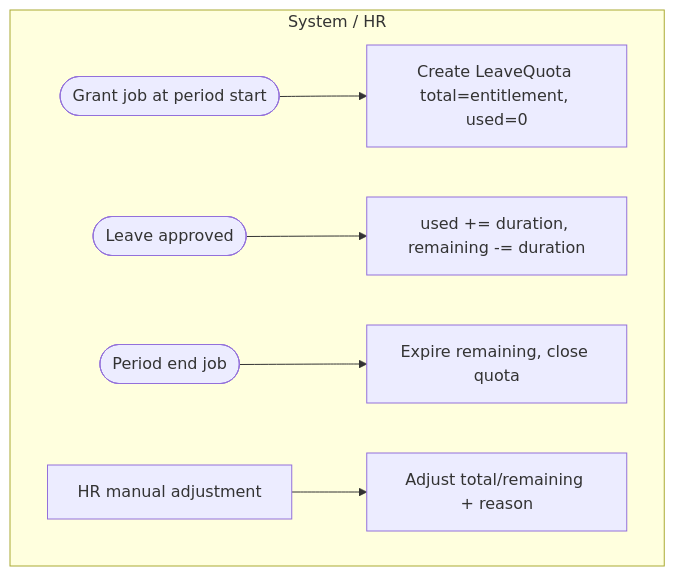
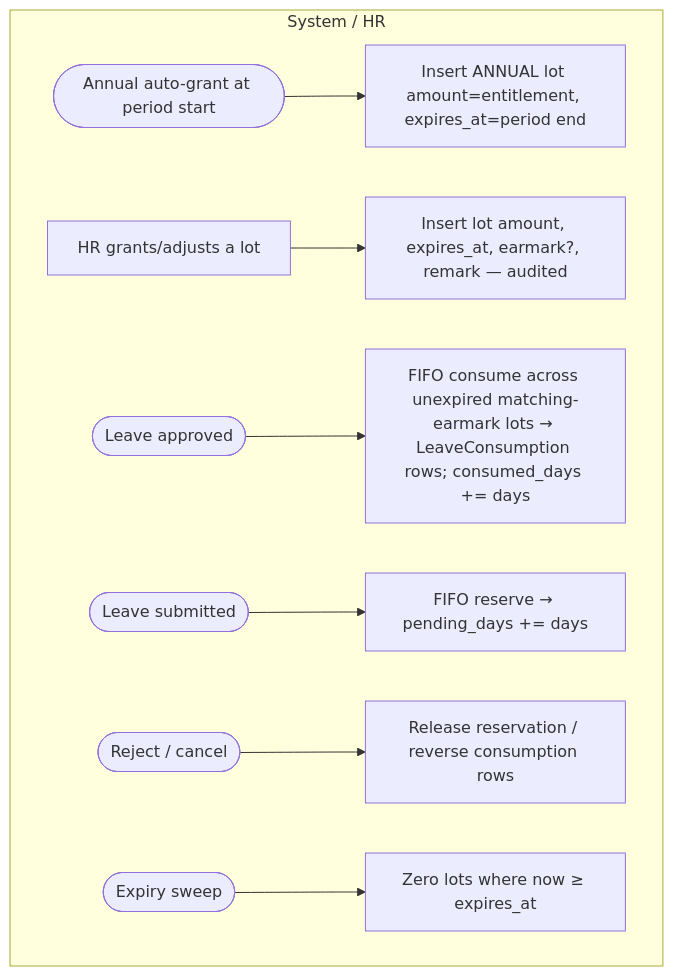
Before and after one commit to hariszaki17/hris-outsource: the second of 6 diagrams in docs/epics/E6-leave/FEATURE.md, drawn with Mermaid. The commit also changed other lines of this file and 43 other files, not shown here.

First line of the commit message:
feat(e6): redesign cuti to per-employee grant-lot ledger

````diff
--- a/docs/epics/E6-leave/FEATURE.md
+++ b/docs/epics/E6-leave/FEATURE.md
@@ -102,9 +116,11 @@
 ```mermaid
 flowchart TD
     subgraph SYS[System / HR]
-        A1([Grant job at period start]) --> A2[Create LeaveQuota total=entitlement, used=0]
-        A3([Leave approved]) --> A4[used += duration, remaining -= duration]
-        A5([Period end job]) --> A6[Expire remaining, close quota]
-        A7[HR manual adjustment] --> A8[Adjust total/remaining + reason]
+        A1([Annual auto-grant at period start]) --> A2[Insert ANNUAL lot amount=entitlement, expires_at=period end]
+        A7[HR grants/adjusts a lot] --> A8[Insert lot amount, expires_at, earmark?, remark — audited]
+        A3([Leave approved]) --> A4[FIFO consume across unexpired matching-earmark lots → LeaveConsumption rows; consumed_days += days]
+        A9([Leave submitted]) --> A10[FIFO reserve → pending_days += days]
+        A11([Reject / cancel]) --> A12[Release reservation / reverse consumption rows]
+        A5([Expiry sweep]) --> A6[Zero lots where now ≥ expires_at]
     end
 ```
````
